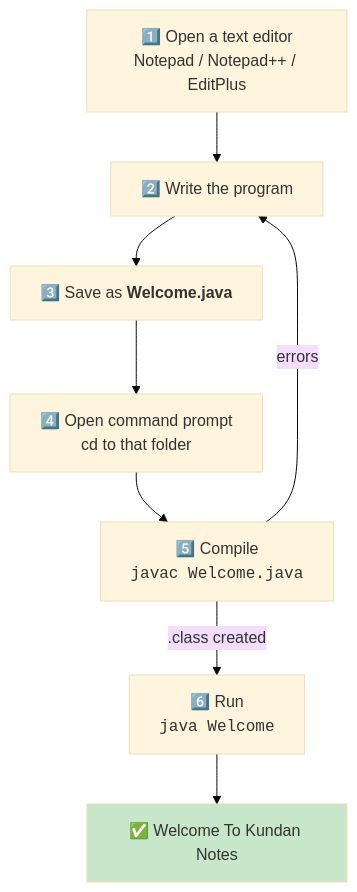
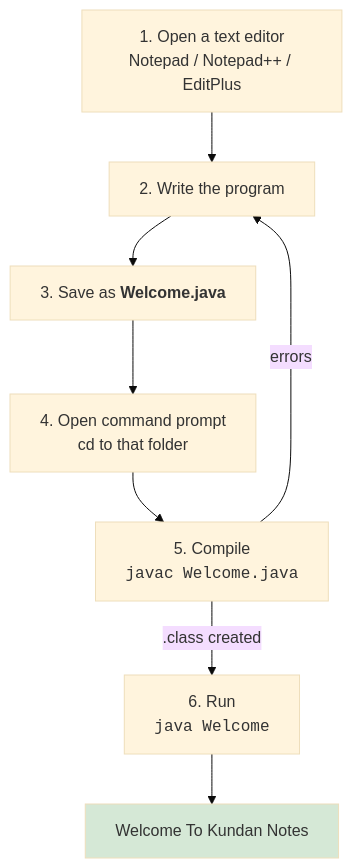
Before and after one commit to kundankumarsharma56/Leaning-Java: the diagram in src/Theory/01-Java-Introduction-and-Setup/06-Java-Program-Development.md, drawn with Mermaid (base theme). The commit also changed other lines of this file and 84 other files, not shown here.

````diff
--- a/src/Theory/01-Java-Introduction-and-Setup/06-Java-Program-Development.md
+++ b/src/Theory/01-Java-Introduction-and-Setup/06-Java-Program-Development.md
@@ -21,11 +21,11 @@
 ```mermaid
 flowchart TD
-    S1["1️⃣ Open a text editor<br/>Notepad / Notepad++ / EditPlus"] --> S2["2️⃣ Write the program"]
-    S2 --> S3["3️⃣ Save as <b>Welcome.java</b>"]
-    S3 --> S4["4️⃣ Open command prompt<br/>cd to that folder"]
-    S4 --> S5["5️⃣ Compile<br/><code>javac Welcome.java</code>"]
-    S5 -->|.class created| S6["6️⃣ Run<br/><code>java Welcome</code>"]
+    S1["1. Open a text editor<br/>Notepad / Notepad++ / EditPlus"] --> S2["2. Write the program"]
+    S2 --> S3["3. Save as <b>Welcome.java</b>"]
+    S3 --> S4["4. Open command prompt<br/>cd to that folder"]
+    S4 --> S5["5. Compile<br/><code>javac Welcome.java</code>"]
+    S5 -->|.class created| S6["6. Run<br/><code>java Welcome</code>"]
     S5 -->|errors| S2
-    S6 --> OUT["✅ Welcome To Kundan Notes"]
-    style OUT fill:#c8e6c9
+    S6 --> OUT["Welcome To Kundan Notes"]
+    style OUT fill:#d5e8d6
 ```
````
